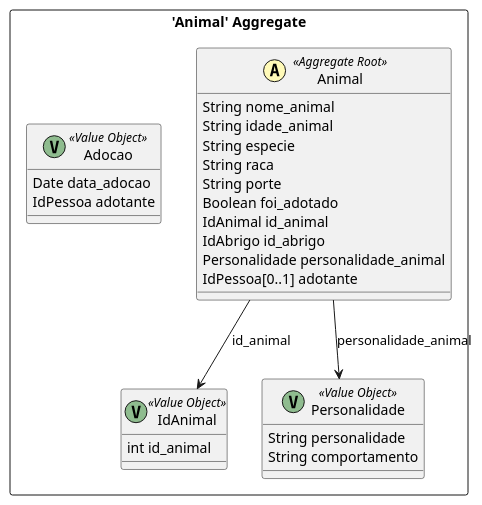
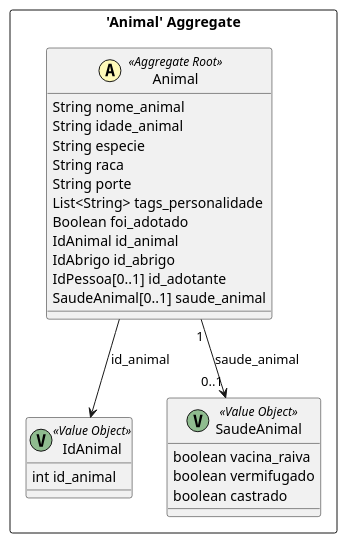
Before and after one commit to Gabriel-Chaves0/Projeto-Requisitos: the diagram in mapaContexto/mapaContexto/src-gen/mapaContexto_BC_Adocao_Animal.puml, drawn with PlantUML. The commit also changed 25 other files, not shown here.

```diff
--- a/mapaContexto/mapaContexto/src-gen/mapaContexto_BC_Adocao_Animal.puml
+++ b/mapaContexto/mapaContexto/src-gen/mapaContexto_BC_Adocao_Animal.puml
@@ -1,34 +1,32 @@
 @startuml
 
 skinparam componentStyle uml2
 
 package "'Animal' Aggregate" <<Rectangle>> {
 	class Animal <<(A,#fffab8) Aggregate Root>> {
 		String nome_animal
 		String idade_animal
 		String especie
 		String raca
 		String porte
+		List<String> tags_personalidade
 		Boolean foi_adotado
 		IdAnimal id_animal
 		IdAbrigo id_abrigo
-		Personalidade personalidade_animal
-		IdPessoa[0..1] adotante
+		IdPessoa[0..1] id_adotante
+		SaudeAnimal[0..1] saude_animal
 	}
 	class IdAnimal <<(V,DarkSeaGreen) Value Object>> {
 		int id_animal
 	}
-	class Personalidade <<(V,DarkSeaGreen) Value Object>> {
-		String personalidade
-		String comportamento
-	}
-	class Adocao <<(V,DarkSeaGreen) Value Object>> {
-		Date data_adocao
-		IdPessoa adotante
+	class SaudeAnimal <<(V,DarkSeaGreen) Value Object>> {
+		boolean vacina_raiva
+		boolean vermifugado
+		boolean castrado
 	}
 }
+Animal "1" --> "0..1" SaudeAnimal : saude_animal
 Animal --> IdAnimal : id_animal
-Animal --> Personalidade : personalidade_animal
 
 
 @enduml
```
